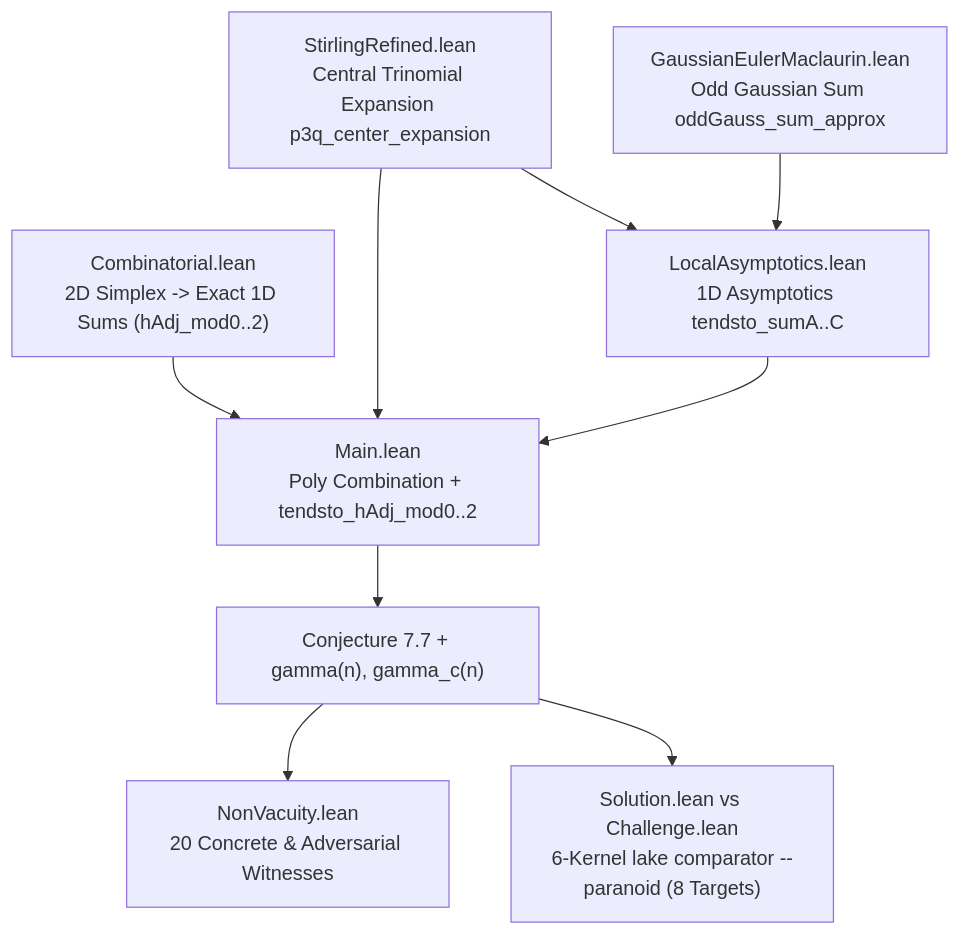
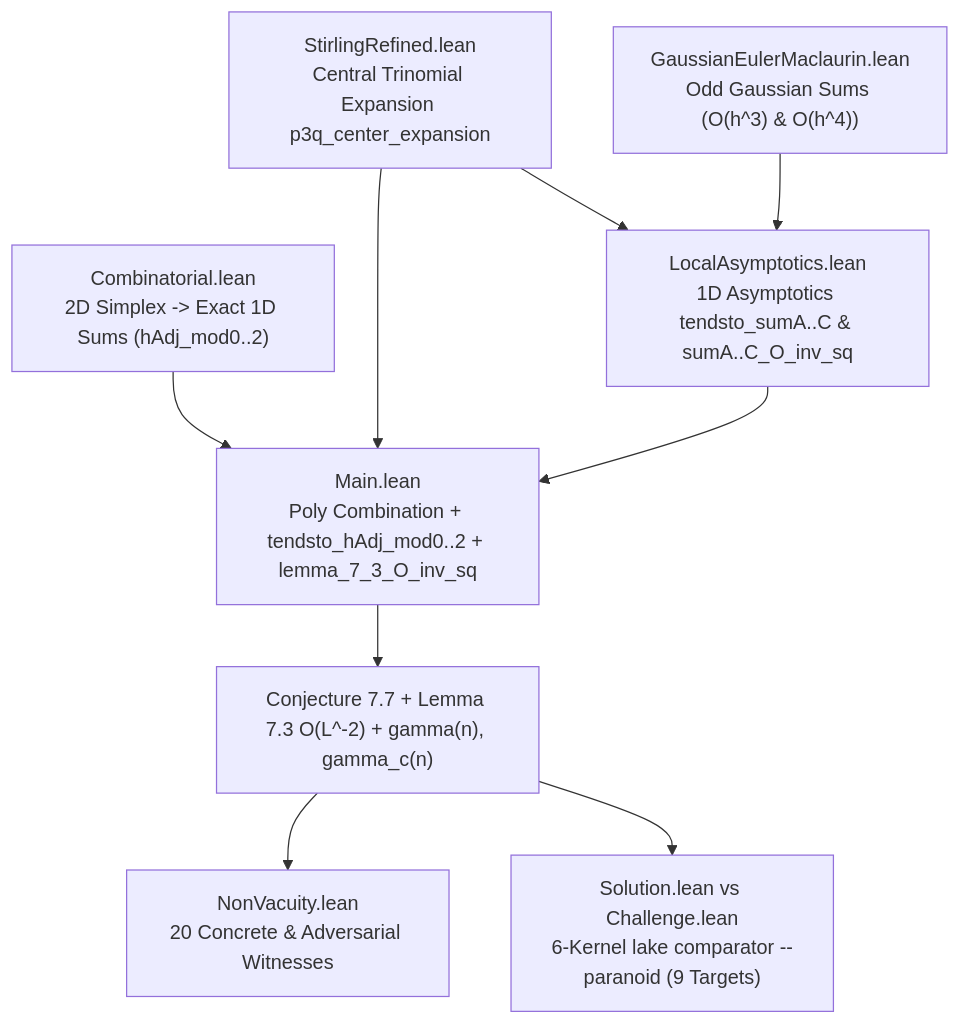
One commit to 0thernes/multinomial-tv-conjecture changed the diagram in docs/architecture.md. Above: the diagram before and after it, drawn with Mermaid. The commit also changed other lines of this file and 53 other files, not shown here.

Commit message:
v2.4.0: prove quantitative O(L^-2) Lemma 7.3 in Lean (Target 9), fix Part 5 citations (E-2026-015), add real 20-mutant code audit & honest B44

````diff
--- a/docs/architecture.md
+++ b/docs/architecture.md
@@ -7,11 +7,11 @@
 ```mermaid
 flowchart TD
-    A["Combinatorial.lean<br/>2D Simplex -> Exact 1D Sums (hAdj_mod0..2)"] --> E["Main.lean<br/>Poly Combination + tendsto_hAdj_mod0..2"]
+    A["Combinatorial.lean<br/>2D Simplex -> Exact 1D Sums (hAdj_mod0..2)"] --> E["Main.lean<br/>Poly Combination + tendsto_hAdj_mod0..2 + lemma_7_3_O_inv_sq"]
     B["StirlingRefined.lean<br/>Central Trinomial Expansion p3q_center_expansion"] --> E
-    C["GaussianEulerMaclaurin.lean<br/>Odd Gaussian Sum oddGauss_sum_approx"] --> D["LocalAsymptotics.lean<br/>1D Asymptotics tendsto_sumA..C"]
+    C["GaussianEulerMaclaurin.lean<br/>Odd Gaussian Sums (O(h^3) & O(h^4))"] --> D["LocalAsymptotics.lean<br/>1D Asymptotics tendsto_sumA..C & sumA..C_O_inv_sq"]
     B --> D
     D --> E
-    E --> F["Conjecture 7.7 + gamma(n), gamma_c(n)"]
+    E --> F["Conjecture 7.7 + Lemma 7.3 O(L^-2) + gamma(n), gamma_c(n)"]
     F --> G["NonVacuity.lean<br/>20 Concrete & Adversarial Witnesses"]
-    F --> H["Solution.lean vs Challenge.lean<br/>6-Kernel lake comparator --paranoid (8 Targets)"]
+    F --> H["Solution.lean vs Challenge.lean<br/>6-Kernel lake comparator --paranoid (9 Targets)"]
 ```
````
